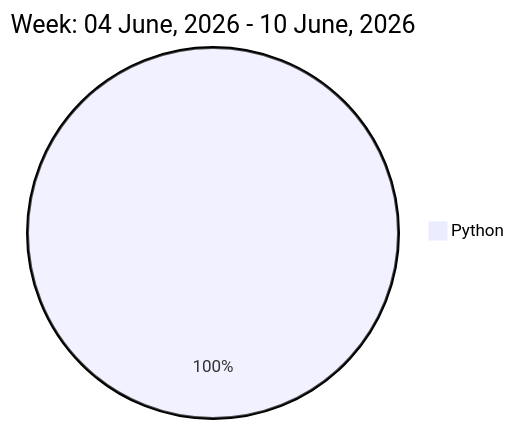
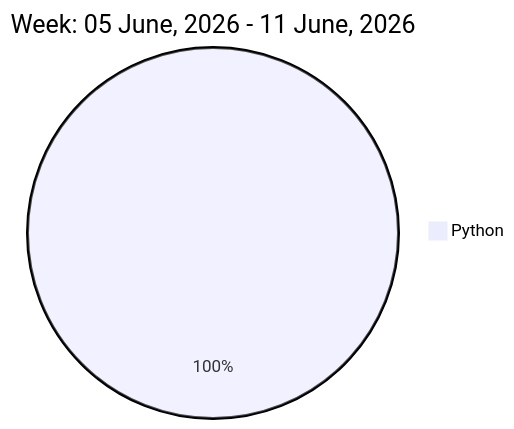
One commit to liubin95/liubin95 changed the diagram in README.md. Above: the diagram before and after it, drawn with Mermaid.

Commit message:
Updated the Graph with new Metrics

````diff
--- a/README.md
+++ b/README.md
@@ -32,5 +32,5 @@
 ```mermaid
  pie
-title Week: 04 June, 2026 - 10 June, 2026
- "Python" : 10.13
+title Week: 05 June, 2026 - 11 June, 2026
+ "Python" : 11.3
 ```
````
